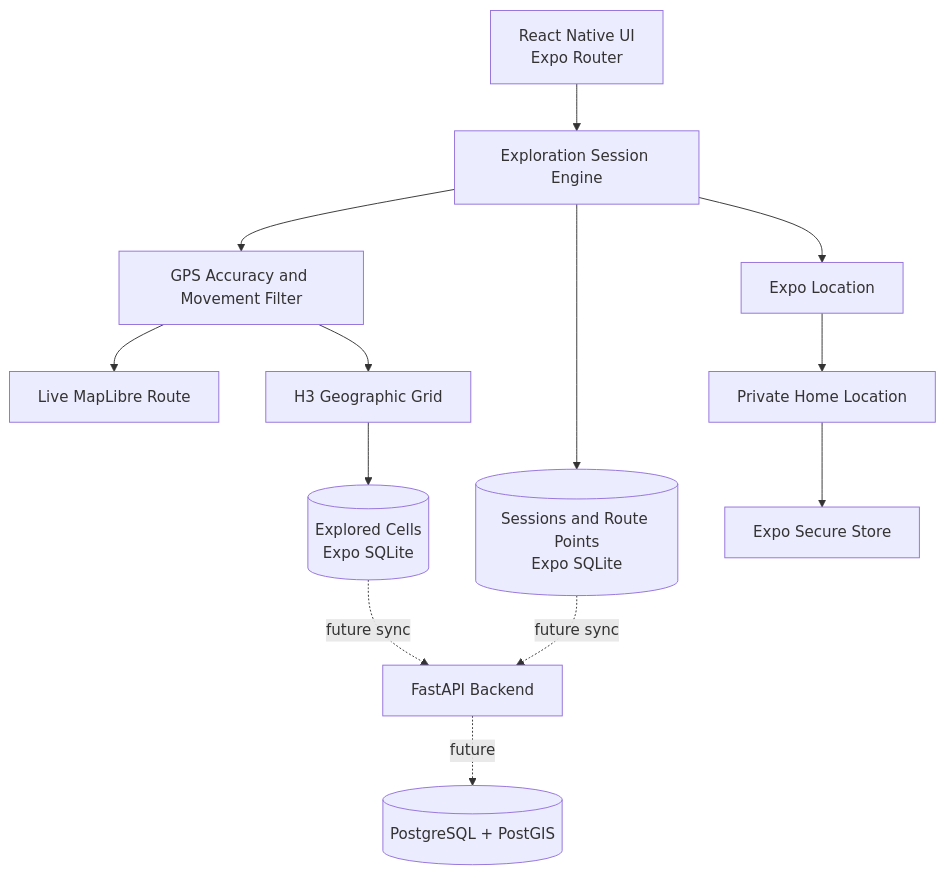
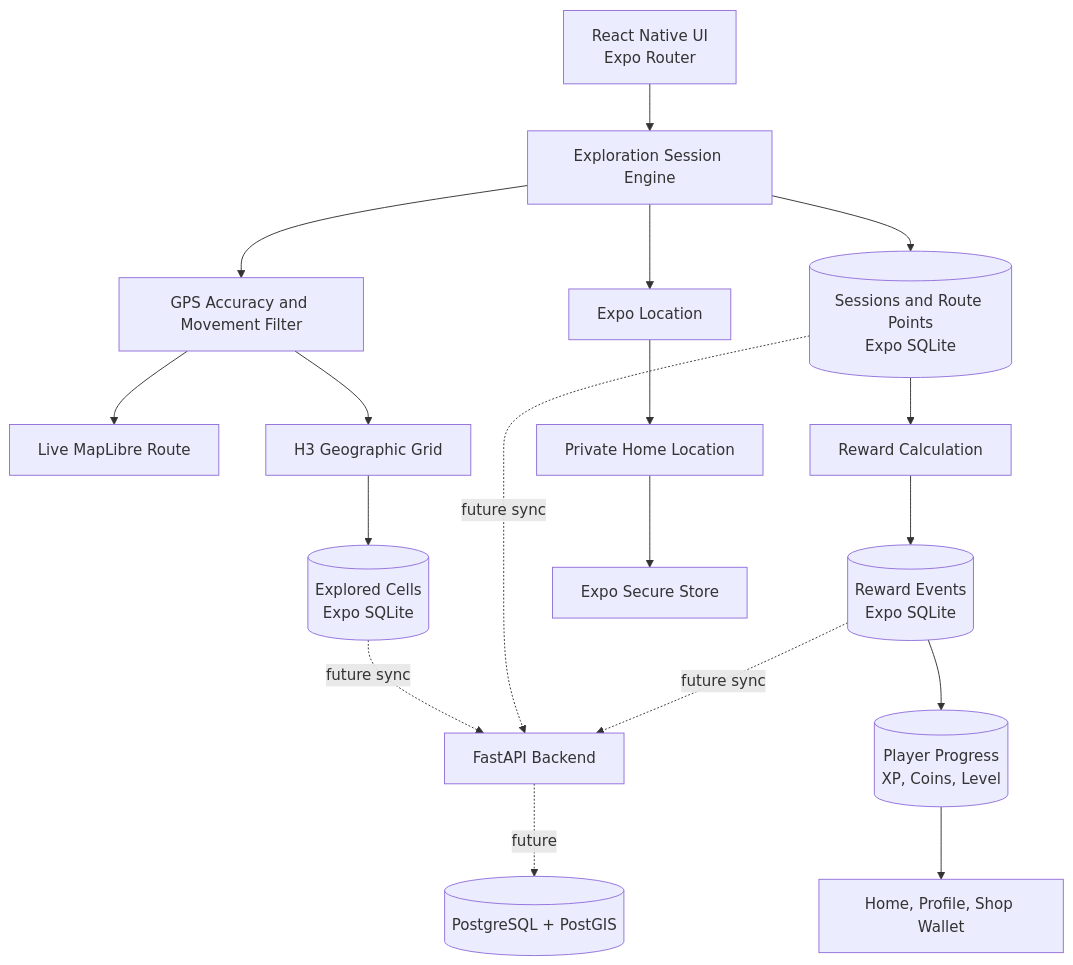
The diagram in README.md (EdisonSenpai/Arukiyo), drawn with Mermaid before and after one commit. The commit also changed other lines of this file and 12 other files, not shown here.

````diff
--- a/README.md
+++ b/README.md
@@ -150,15 +192,20 @@
 ```mermaid
 flowchart TD
     UI[React Native UI\nExpo Router] --> EXP[Exploration Session Engine]
     EXP --> GPS[Expo Location]
     EXP --> FILTER[GPS Accuracy and Movement Filter]
     FILTER --> ROUTE[Live MapLibre Route]
     FILTER --> GRID[H3 Geographic Grid]
     GRID --> CELLS[(Explored Cells\nExpo SQLite)]
     EXP --> SESSIONS[(Sessions and Route Points\nExpo SQLite)]
+    SESSIONS --> REWARDS[Reward Calculation]
+    REWARDS --> EVENTS[(Reward Events\nExpo SQLite)]
+    EVENTS --> PLAYER[(Player Progress\nXP, Coins, Level)]
+    PLAYER --> DASH[Home, Profile, Shop Wallet]
     GPS --> HOME[Private Home Location]
     HOME --> SECURE[Expo Secure Store]
     CELLS -. future sync .-> API[FastAPI Backend]
     SESSIONS -. future sync .-> API
+    EVENTS -. future sync .-> API
     API -. future .-> POSTGIS[(PostgreSQL + PostGIS)]
 ```
````
